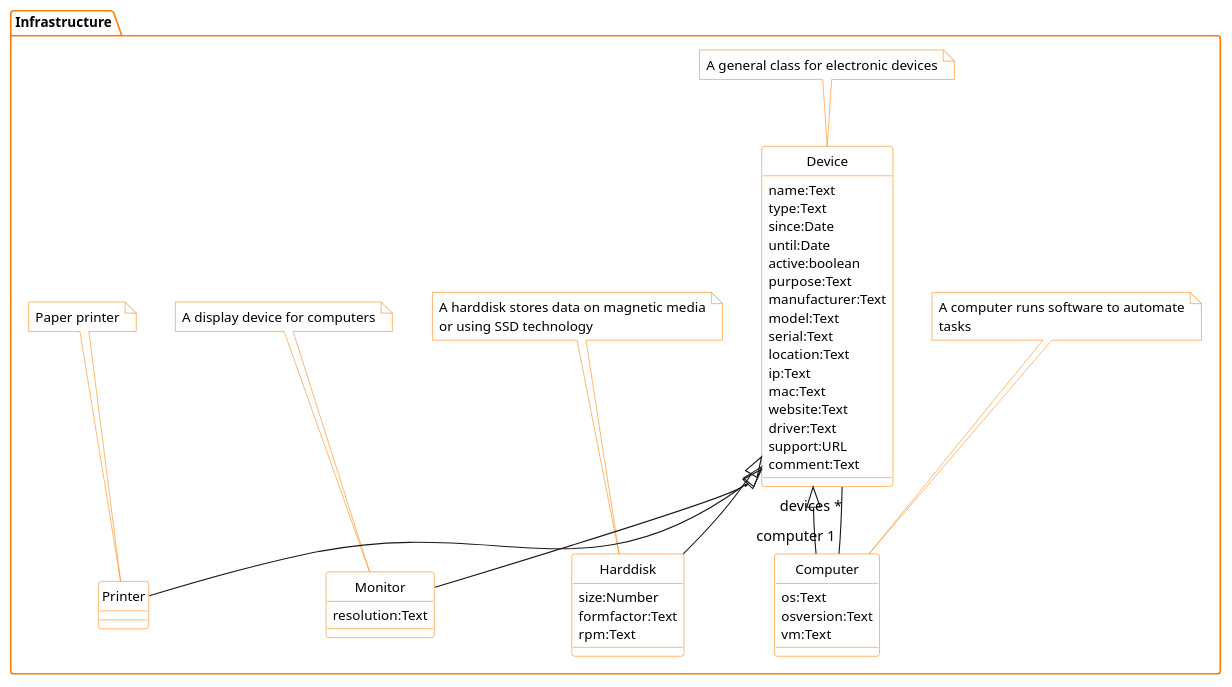
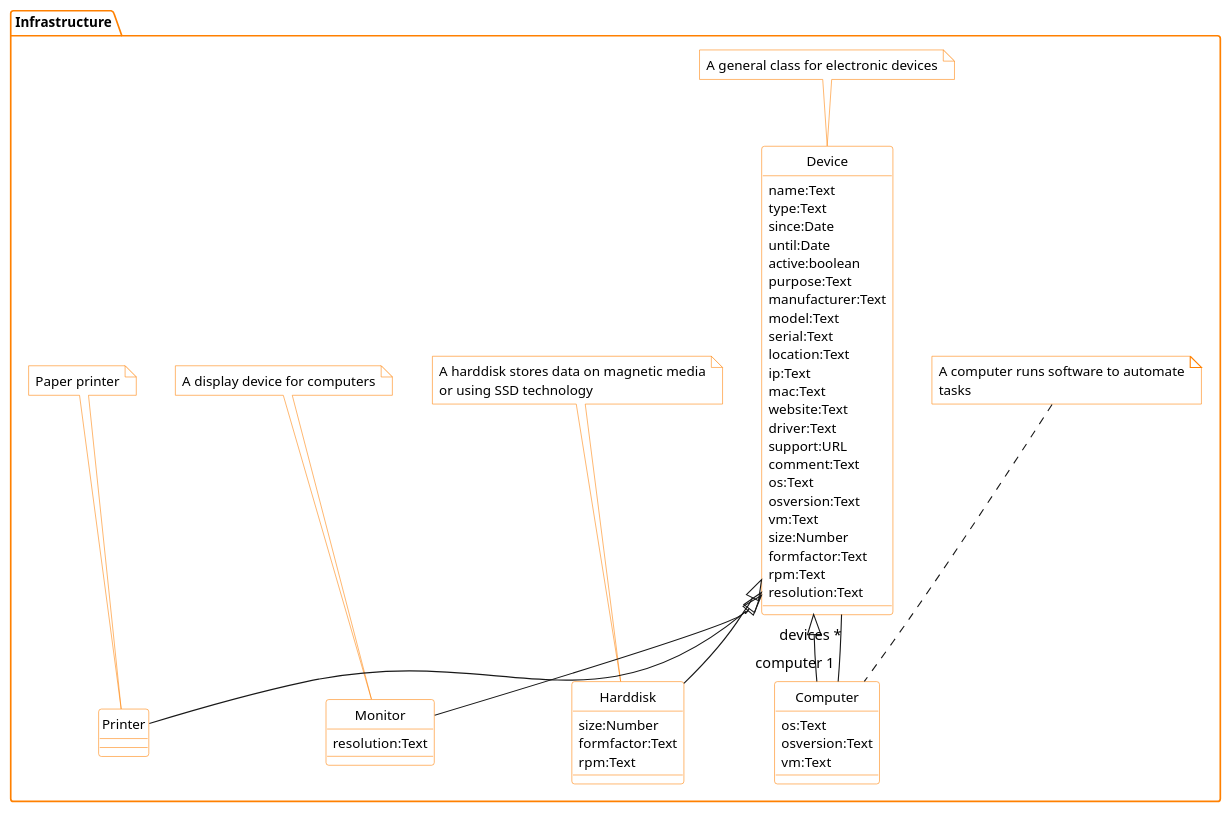
The diagram in examples/infrastructure/infrastructure.puml (WolfgangFahl/pyMetaModel), drawn with PlantUML before and after one commit. The commit also changed 16 other files, not shown here.

```diff
--- a/examples/infrastructure/infrastructure.puml
+++ b/examples/infrastructure/infrastructure.puml
@@ -1,132 +1,139 @@
 package Infrastructure {
   class Device {
     name:Text
     type:Text
     since:Date
     until:Date
     active:boolean
     purpose:Text
     manufacturer:Text
     model:Text
     serial:Text
     location:Text
     ip:Text
     mac:Text
     website:Text
     driver:Text
     support:URL
     comment:Text
+    os:Text
+    osversion:Text
+    vm:Text
+    size:Number
+    formfactor:Text
+    rpm:Text
+    resolution:Text
   }
 Note top of Device
 A general class for electronic devices
 End note
   class Computer extends Device {
     os:Text
     osversion:Text
     vm:Text
   }
 Note top of Computer
 A computer runs software to automate
 tasks
 End note
   class Harddisk extends Device {
     size:Number
     formfactor:Text
     rpm:Text
   }
 Note top of Harddisk
 A harddisk stores data on magnetic media
 or using SSD technology
 End note
   class Monitor extends Device {
     resolution:Text
   }
 Note top of Monitor
 A display device for computers
 End note
   class Printer extends Device {
   }
 Note top of Printer
 Paper printer
 End note
 }
 Computer "computer 1" -- "devices *" Device
 
 ' BITPlan Corporate identity skin params
 ' Copyright (c) 2015-2024 BITPlan GmbH
 ' see http://wiki.bitplan.com/PlantUmlSkinParams#BITPlanCI
 ' skinparams generated by com.bitplan.restmodelmanager
 skinparam note {
   BackGroundColor #FFFFFF
   FontSize 12
   ArrowColor #FF8000
   BorderColor #FF8000
   FontColor black
   FontName Technical
 }
 skinparam component {
   BackGroundColor #FFFFFF
   FontSize 12
   ArrowColor #FF8000
   BorderColor #FF8000
   FontColor black
   FontName Technical
 }
 skinparam package {
   BackGroundColor #FFFFFF
   FontSize 12
   ArrowColor #FF8000
   BorderColor #FF8000
   FontColor black
   FontName Technical
 }
 skinparam usecase {
   BackGroundColor #FFFFFF
   FontSize 12
   ArrowColor #FF8000
   BorderColor #FF8000
   FontColor black
   FontName Technical
 }
 skinparam activity {
   BackGroundColor #FFFFFF
   FontSize 12
   ArrowColor #FF8000
   BorderColor #FF8000
   FontColor black
   FontName Technical
 }
 skinparam classAttribute {
   BackGroundColor #FFFFFF
   FontSize 12
   ArrowColor #FF8000
   BorderColor #FF8000
   FontColor black
   FontName Technical
 }
 skinparam interface {
   BackGroundColor #FFFFFF
   FontSize 12
   ArrowColor #FF8000
   BorderColor #FF8000
   FontColor black
   FontName Technical
 }
 skinparam class {
   BackGroundColor #FFFFFF
   FontSize 12
   ArrowColor #FF8000
   BorderColor #FF8000
   FontColor black
   FontName Technical
 }
 skinparam object {
   BackGroundColor #FFFFFF
   FontSize 12
   ArrowColor #FF8000
   BorderColor #FF8000
   FontColor black
   FontName Technical
 }
 hide Circle
 ' end of skinparams '
```
